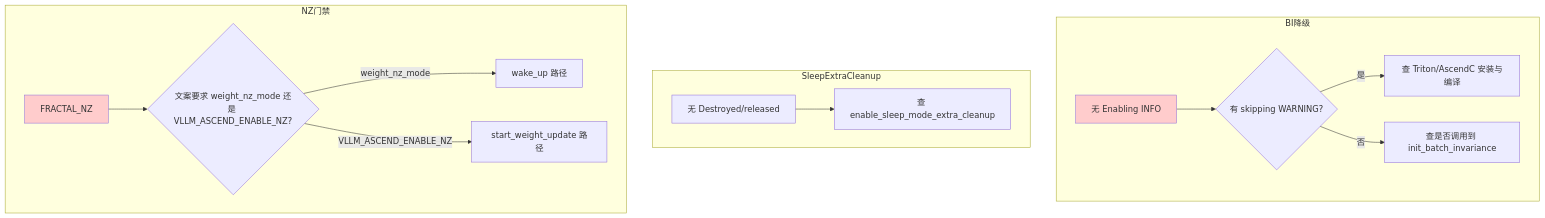
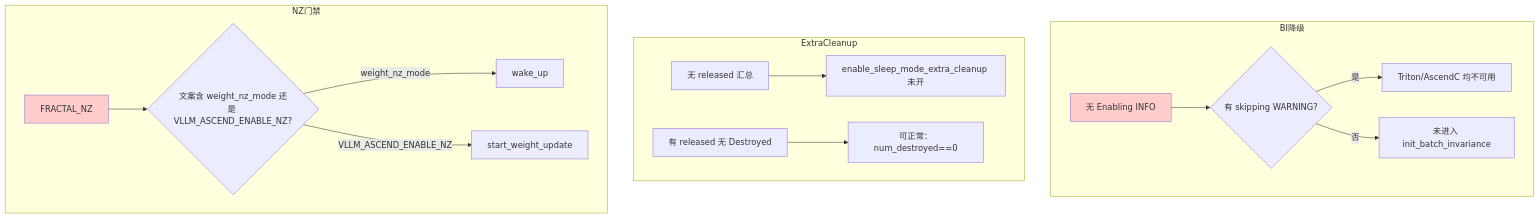
Before and after one commit to yjyang62/vllm-ascend: the fifth of 5 diagrams in docs/source/developer_guide/performance_and_debug/rl_log_guide.md, drawn with Mermaid. The commit also changed other lines of this file, not shown here.

````diff
--- a/docs/source/developer_guide/performance_and_debug/rl_log_guide.md
+++ b/docs/source/developer_guide/performance_and_debug/rl_log_guide.md
@@ -315,18 +324,19 @@
 ```mermaid
 flowchart TD
     subgraph BI降级
         B1["无 Enabling INFO"] --> B2{"有 skipping WARNING?"}
-        B2 -- 是 --> B3["查 Triton/AscendC 安装与编译"]
-        B2 -- 否 --> B4["查是否调用到 init_batch_invariance"]
+        B2 -- 是 --> B3["Triton/AscendC 均不可用"]
+        B2 -- 否 --> B4["未进入 init_batch_invariance"]
     end
-    subgraph SleepExtraCleanup
-        S1["无 Destroyed/released"] --> S2["查 enable_sleep_mode_extra_cleanup"]
+    subgraph ExtraCleanup
+        S1["无 released 汇总"] --> S2["enable_sleep_mode_extra_cleanup 未开"]
+        S3["有 released 无 Destroyed"] --> S4["可正常：num_destroyed==0"]
     end
     subgraph NZ门禁
-        N1["FRACTAL_NZ"] --> N2{"文案要求 weight_nz_mode 还是 VLLM_ASCEND_ENABLE_NZ?"}
-        N2 -- weight_nz_mode --> N3["wake_up 路径"]
-        N2 -- VLLM_ASCEND_ENABLE_NZ --> N4["start_weight_update 路径"]
+        N1["FRACTAL_NZ"] --> N2{"文案含 weight_nz_mode 还是 VLLM_ASCEND_ENABLE_NZ?"}
+        N2 -- weight_nz_mode --> N3["wake_up"]
+        N2 -- VLLM_ASCEND_ENABLE_NZ --> N4["start_weight_update"]
     end
     style B1 fill:#ffcccc
     style N1 fill:#ffcccc
 ```
````
